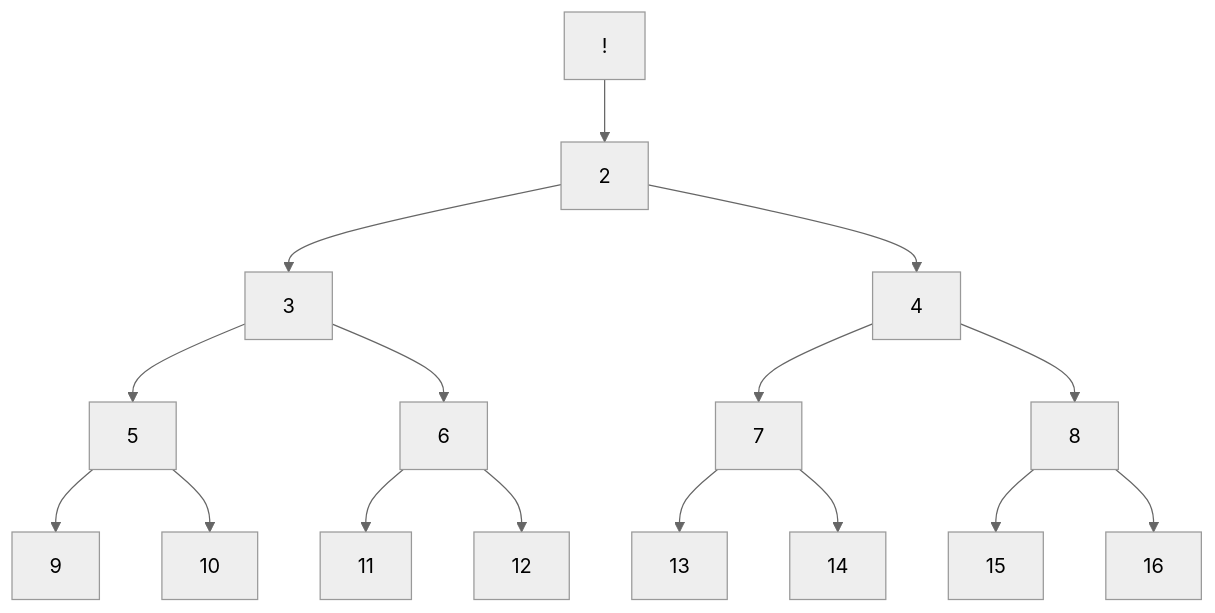
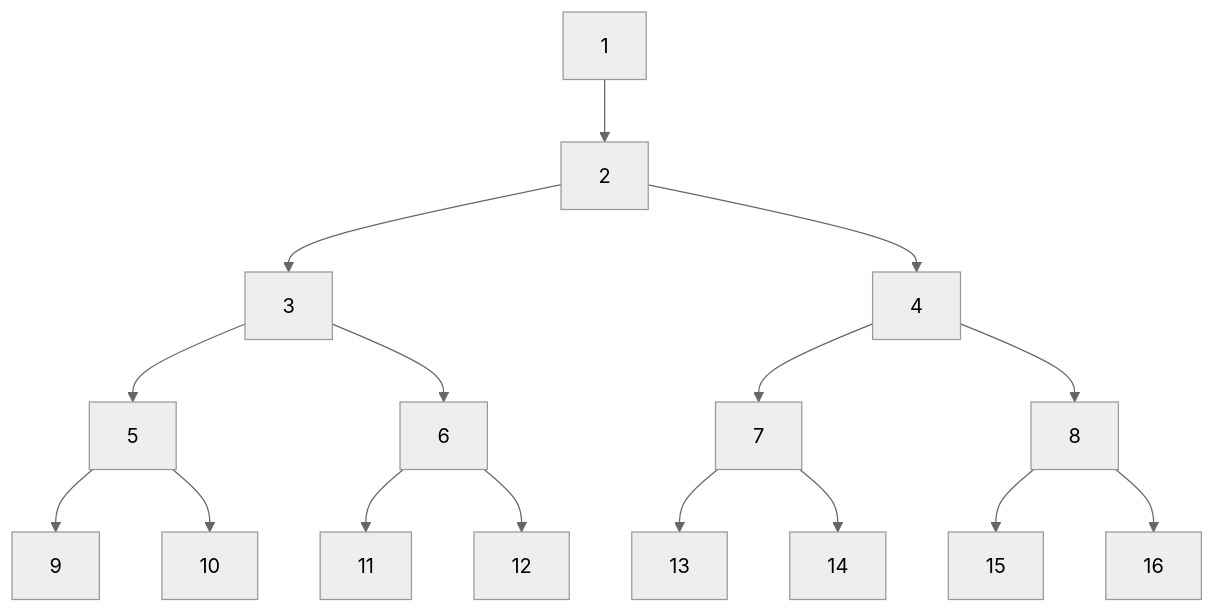
The second of 8 diagrams in 5.md (H00001/ds), drawn with Mermaid (neutral theme) before and after one commit. The commit also changed other lines of this file and 6 other files, not shown here.

````diff
--- a/5.md
+++ b/5.md
@@ -87,19 +87,19 @@
 ```mermaid
 graph TB
-!-->2
+1-->2
 2-->3
 2-->4
 3-->5
 3-->6
 4-->7
 4-->8
 5-->9
 5-->10
 6-->11
 6-->12
 7-->13
 7-->14
 8-->15
 8-->16
 
 ```
````
